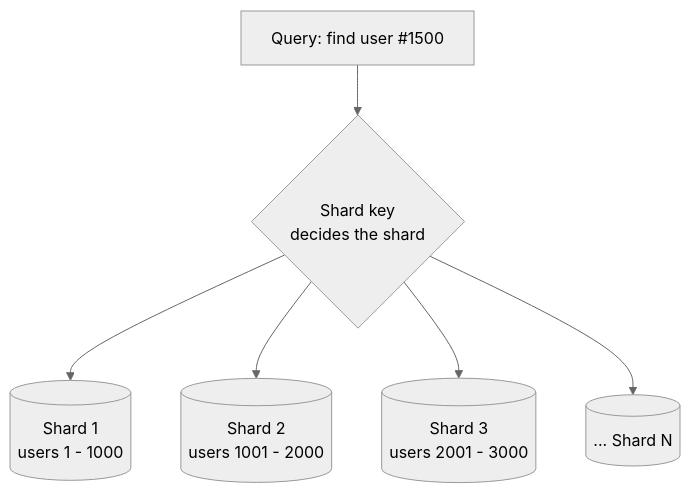
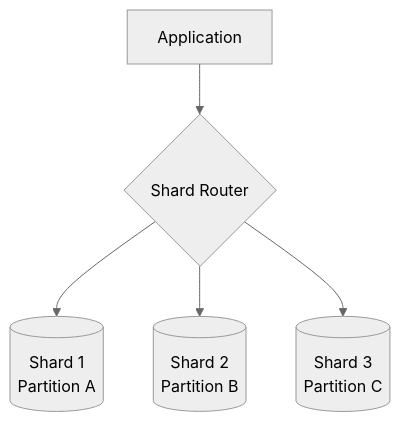
Diagram 11 of 18 in 07_scaling_application_from_one_to_million_users/README.md (HARRISAMIN432/system-design-hld), drawn with Mermaid (neutral theme) before and after one commit. The commit also changed other lines of this file and 11 other files, not shown here.

````diff
--- a/07_scaling_application_from_one_to_million_users/README.md
+++ b/07_scaling_application_from_one_to_million_users/README.md
@@ -311,8 +1021,8 @@
 ```mermaid
 flowchart TB
-    Q["Query: find user #1500"] --> R{"Shard key<br/>decides the shard"}
-    R --> S1[("Shard 1<br/>users 1 - 1000")]
-    R --> S2[("Shard 2<br/>users 1001 - 2000")]
-    R --> S3[("Shard 3<br/>users 2001 - 3000")]
-    R --> SN[("... Shard N")]
+    A["Application"] --> R{"Shard Router"}
+
+    R --> S1[("Shard 1<br/>Partition A")]
+    R --> S2[("Shard 2<br/>Partition B")]
+    R --> S3[("Shard 3<br/>Partition C")]
 ```
````
